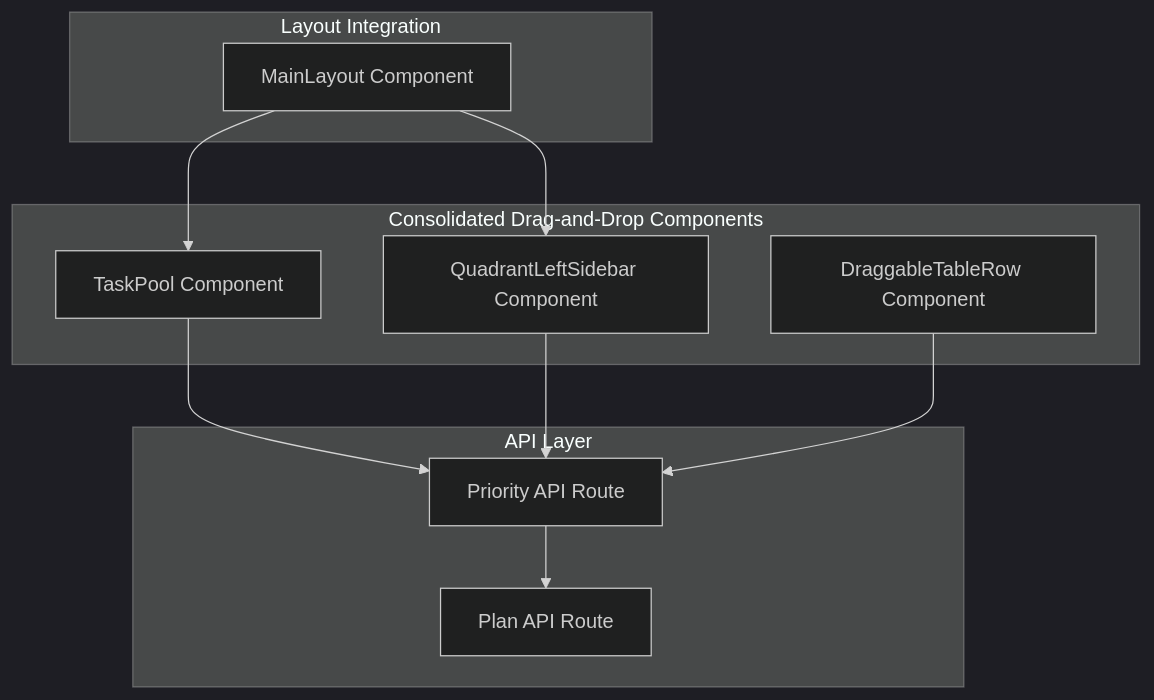
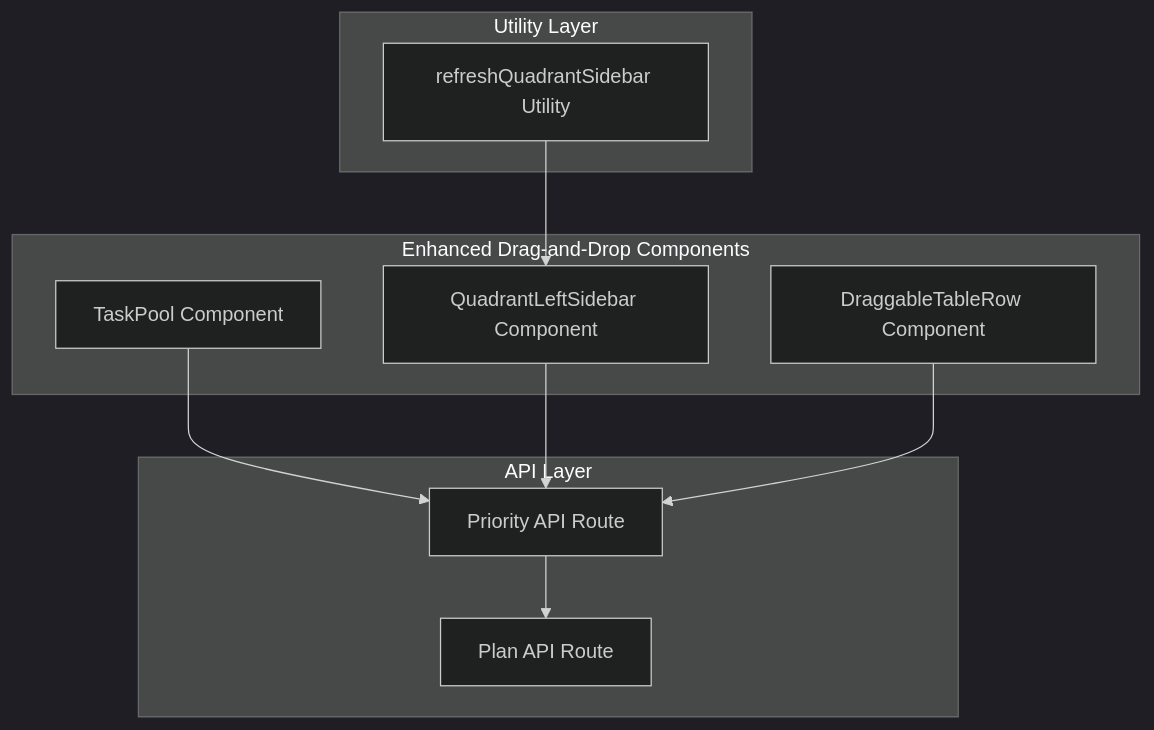
The first of 10 diagrams in .qoder/repowiki/en/content/UI Components/Drag-and-Drop Functionality.md (peixuanhu/goal-mate), drawn with Mermaid (dark theme) before and after one commit. The commit also changed other lines of this file and 3 other files, not shown here.

````diff
--- a/.qoder/repowiki/en/content/UI Components/Drag-and-Drop Functionality.md
+++ b/.qoder/repowiki/en/content/UI Components/Drag-and-Drop Functionality.md
@@ -45,21 +48,20 @@
 ```mermaid
 graph TB
-subgraph "Consolidated Drag-and-Drop Components"
+subgraph "Enhanced Drag-and-Drop Components"
 TP[TaskPool Component]
 QLS[QuadrantLeftSidebar Component]
 DTR[DraggableTableRow Component]
 end
 subgraph "API Layer"
 PPR[Priority API Route]
 PR[Plan API Route]
 end
-subgraph "Layout Integration"
-ML[MainLayout Component]
+subgraph "Utility Layer"
+UTIL[refreshQuadrantSidebar Utility]
 end
 TP --> PPR
 QLS --> PPR
 DTR --> PPR
+UTIL --> QLS
 PPR --> PR
-ML --> TP
-ML --> QLS
 ```
````
